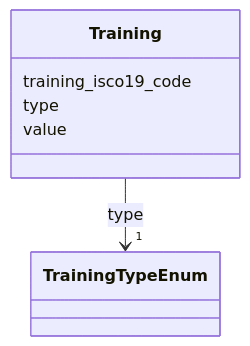
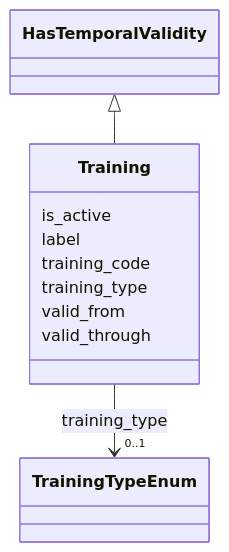
Before and after one commit to swiss/political-affairs-ech-group: the diagram in ech-0294_actors/output/docs/Training.md, drawn with Mermaid. The commit also changed other lines of this file and 176 other files, not shown here.

````diff
--- a/ech-0294_actors/output/docs/Training.md
+++ b/ech-0294_actors/output/docs/Training.md
@@ -13,21 +22,30 @@
 ```mermaid
  classDiagram
     class Training
     click Training href "../Training/"
-      Training : training_isco19_code
+      HasTemporalValidity <|-- Training
+        click HasTemporalValidity href "../HasTemporalValidity/"
+      
+      Training : is_active
         
-      Training : type
+      Training : label
+        
+      Training : training_code
+        
+      Training : training_type
         
           
     
         
         
-        Training --> "1" TrainingTypeEnum : type
+        Training --> "0..1" TrainingTypeEnum : training_type
         click TrainingTypeEnum href "../TrainingTypeEnum/"
     
 
         
-      Training : value
+      Training : valid_from
+        
+      Training : valid_through
         
       
 ```
````
